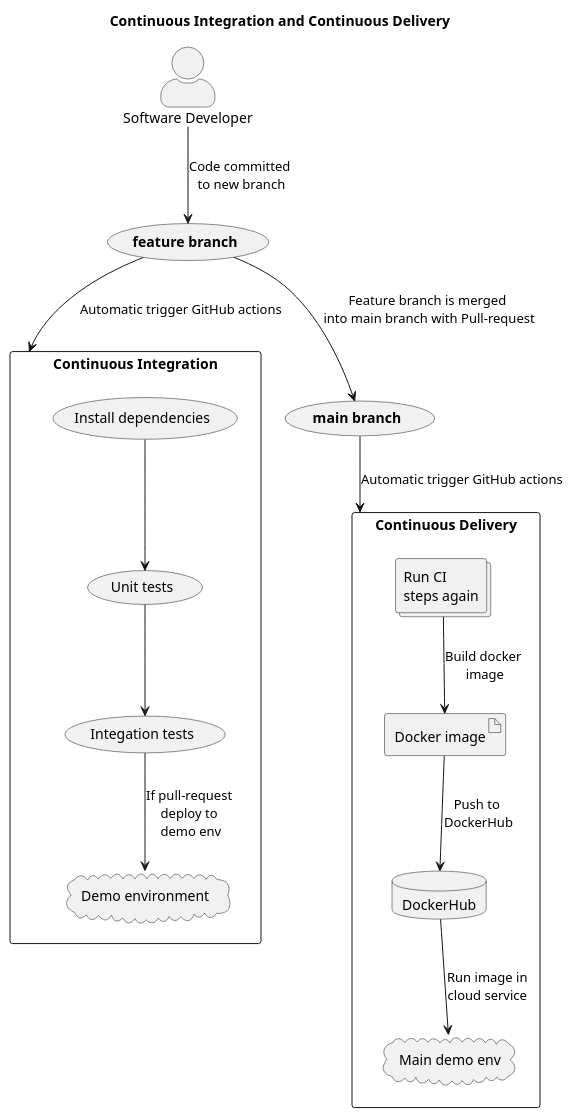
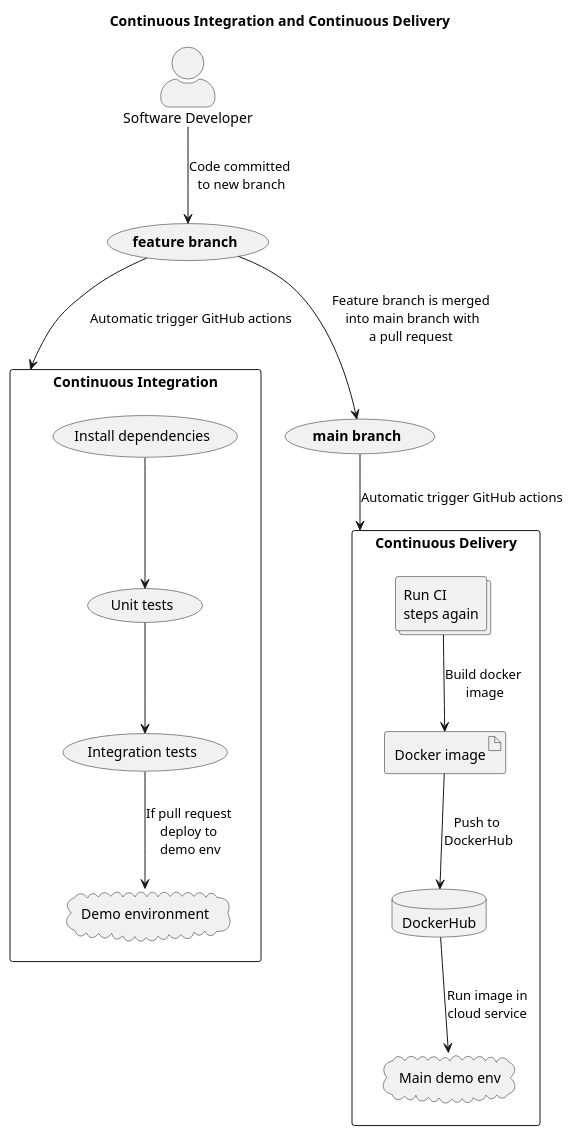
One commit to seedcase-project/seedcase-sprout changed the diagram in docs/design/images/continuous-integration-and-continuous-delivery.puml. Above: the diagram before and after it, drawn with PlantUML.

Commit message:
Spell errors #1

```diff
--- a/docs/design/images/continuous-integration-and-continuous-delivery.puml
+++ b/docs/design/images/continuous-integration-and-continuous-delivery.puml
@@ -1,40 +1,40 @@
 @startuml
 skinparam actorStyle awesome
 title Continuous Integration and Continuous Delivery
 
 
 'Continuous Integration -----------------------------------
 actor "Software Developer"                  as Developer
 (**feature branch**)                        as FeatureBranch
 (**main branch**)                           as MainBranch
 
 Developer --> FeatureBranch : Code committed \nto new branch
 FeatureBranch --> "Continuous Integration" : "Automatic trigger GitHub actions"
-FeatureBranch --> MainBranch : "Feature branch is merged\n into main branch with Pull-request"
+FeatureBranch --> MainBranch : "Feature branch is merged\n into main branch with\na pull request"
 MainBranch --> "Continuous Delivery" : "Automatic trigger GitHub actions"
 
 rectangle "Continuous Integration" {
   (Install dependencies)            as dependencies
 
   (Unit tests)                      as UnitTests
-  (Integation tests)               as ItTests
+  (Integration tests)               as ItTests
   cloud "Demo environment"          as demo
 
   dependencies --> UnitTests
   UnitTests --> ItTests
-  ItTests --> demo : "If pull-request \ndeploy to \ndemo env"
+  ItTests --> demo : "If pull request \ndeploy to \ndemo env"
 }
 
 rectangle "Continuous Delivery" {
     collections "Run CI\nsteps again"       as all_tests
     artifact "Docker image"                 as docker_image
     database "DockerHub"                    as docker_hub
     cloud "Main demo env"           as main_demo
 
 
     all_tests --> docker_image : "Build docker\n image"
     docker_image --> docker_hub : "Push to \nDockerHub"
     docker_hub --> main_demo : "Run image in\ncloud service"
 }
 
 @enduml
```
